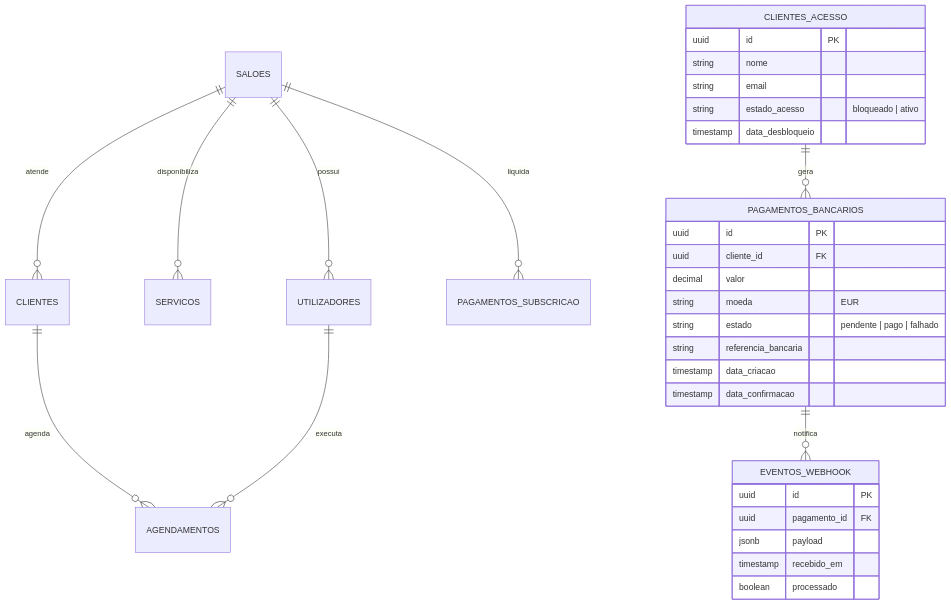
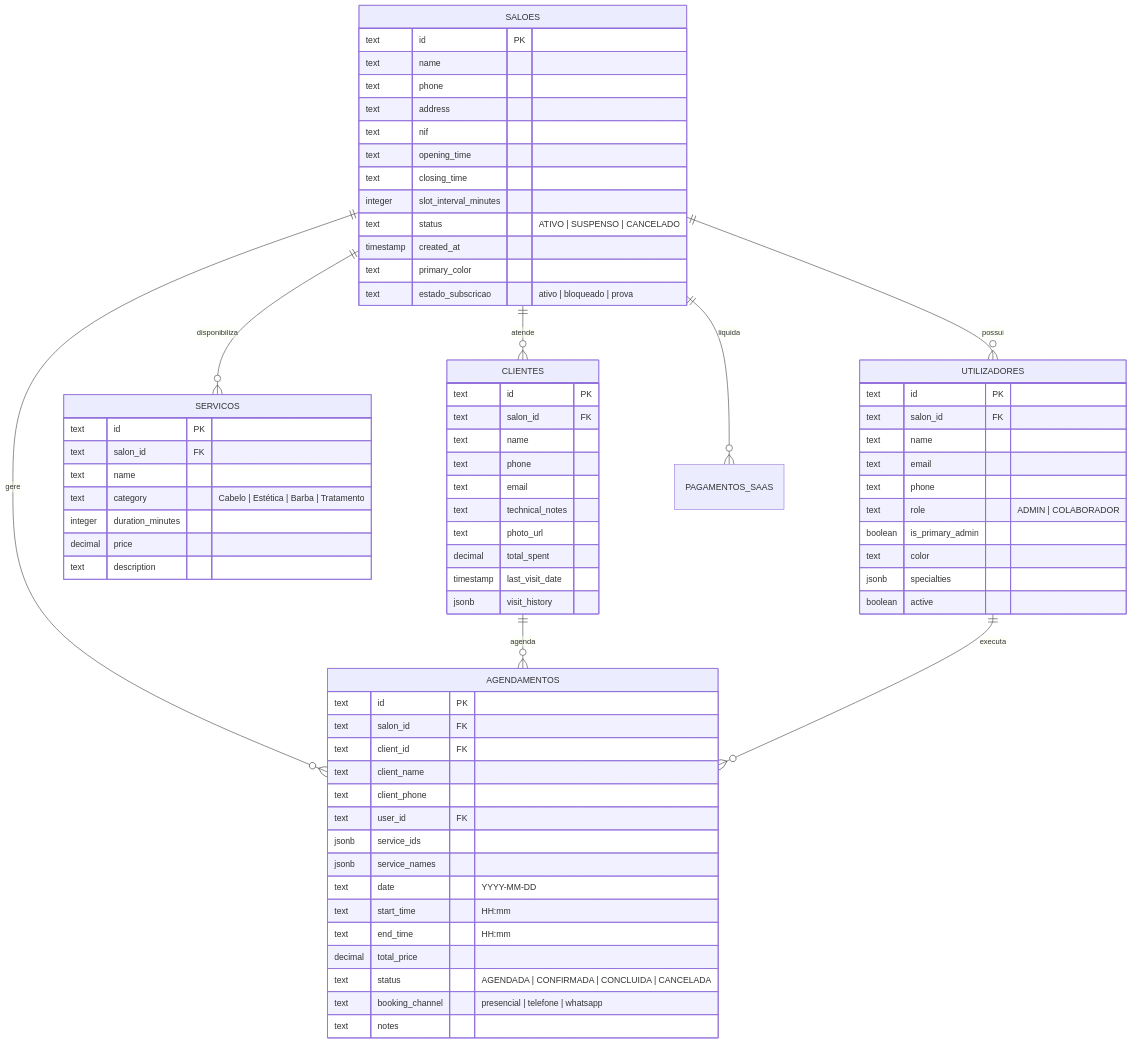
The diagram in README.md (CentauroPt/gestao-cabeleireiro), drawn with Mermaid before and after one commit. The commit also changed other lines of this file, not shown here.

````diff
--- a/README.md
+++ b/README.md
@@ -145,38 +163,79 @@
 ```mermaid
 erDiagram
     SALOES ||--o{ UTILIZADORES : possui
     SALOES ||--o{ SERVICOS : disponibiliza
     SALOES ||--o{ CLIENTES : atende
-    SALOES ||--o{ PAGAMENTOS_SUBSCRICAO : liquida
+    SALOES ||--o{ AGENDAMENTOS : gere
     CLIENTES ||--o{ AGENDAMENTOS : agenda
     UTILIZADORES ||--o{ AGENDAMENTOS : executa
-    CLIENTES_ACESSO ||--o{ PAGAMENTOS_BANCARIOS : gera
-    PAGAMENTOS_BANCARIOS ||--o{ EVENTOS_WEBHOOK : notifica
+    SALOES ||--o{ PAGAMENTOS_SAAS : liquida
 
-    CLIENTES_ACESSO {
-        uuid id PK
-        string nome
-        string email
-        string estado_acesso "bloqueado | ativo"
-        timestamp data_desbloqueio
+    SALOES {
+        text id PK
+        text name
+        text phone
+        text address
+        text nif
+        text opening_time
+        text closing_time
+        integer slot_interval_minutes
+        text status "ATIVO | SUSPENSO | CANCELADO"
+        timestamp created_at
+        text primary_color
+        text estado_subscricao "ativo | bloqueado | prova"
     }
 
-    PAGAMENTOS_BANCARIOS {
-        uuid id PK
-        uuid cliente_id FK
-        decimal valor
-        string moeda "EUR"
-        string estado "pendente | pago | falhado"
-        string referencia_bancaria
-        timestamp data_criacao
-        timestamp data_confirmacao
+    UTILIZADORES {
+        text id PK
+        text salon_id FK
+        text name
+        text email
+        text phone
+        text role "ADMIN | COLABORADOR"
+        boolean is_primary_admin
+        text color
+        jsonb specialties
+        boolean active
     }
 
-    EVENTOS_WEBHOOK {
-        uuid id PK
-        uuid pagamento_id FK
-        jsonb payload
-        timestamp recebido_em
-        boolean processado
+    SERVICOS {
+        text id PK
+        text salon_id FK
+        text name
+        text category "Cabelo | Estética | Barba | Tratamento"
+        integer duration_minutes
+        decimal price
+        text description
+    }
+
+    CLIENTES {
+        text id PK
+        text salon_id FK
+        text name
+        text phone
+        text email
+        text technical_notes
+        text photo_url
+        decimal total_spent
+        timestamp last_visit_date
+        jsonb visit_history
+    }
+
+    AGENDAMENTOS {
+        text id PK
+        text salon_id FK
+        text client_id FK
+        text client_name
+        text client_phone
+        text user_id FK
+        jsonb service_ids
+        jsonb service_names
+        text date "YYYY-MM-DD"
+        text start_time "HH:mm"
+        text end_time "HH:mm"
+        decimal total_price
+        text status "AGENDADA | CONFIRMADA | CONCLUIDA | CANCELADA"
+        text booking_channel "presencial | telefone | whatsapp"
+        text notes
     }
 ```
````
